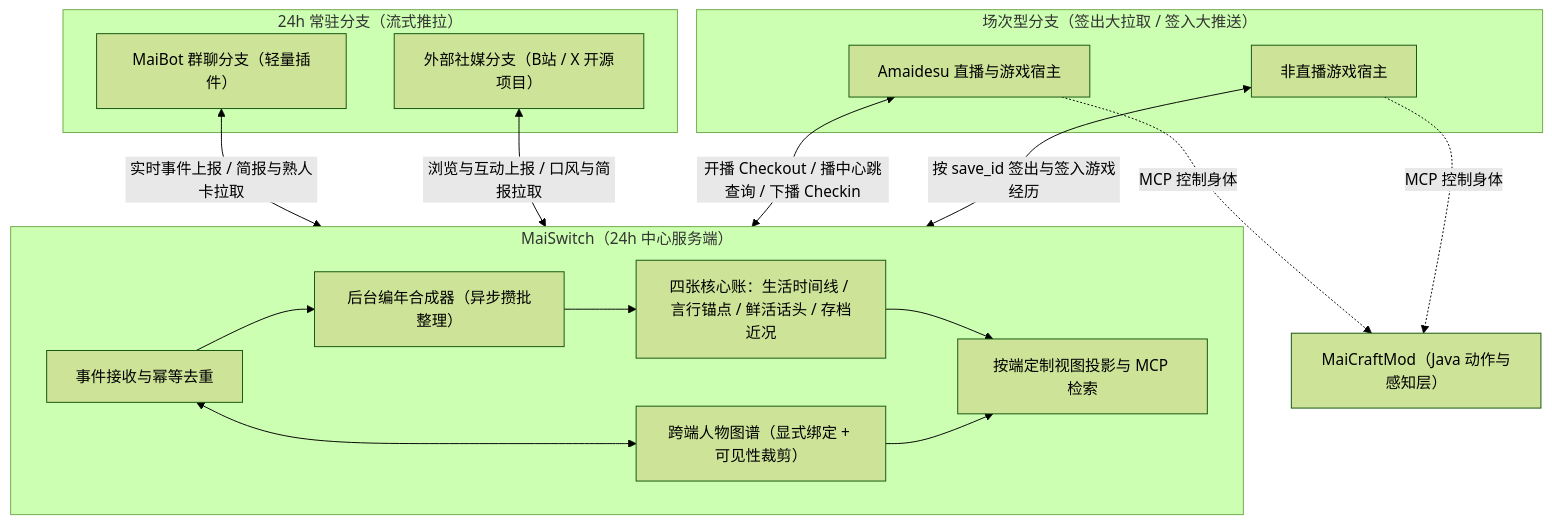
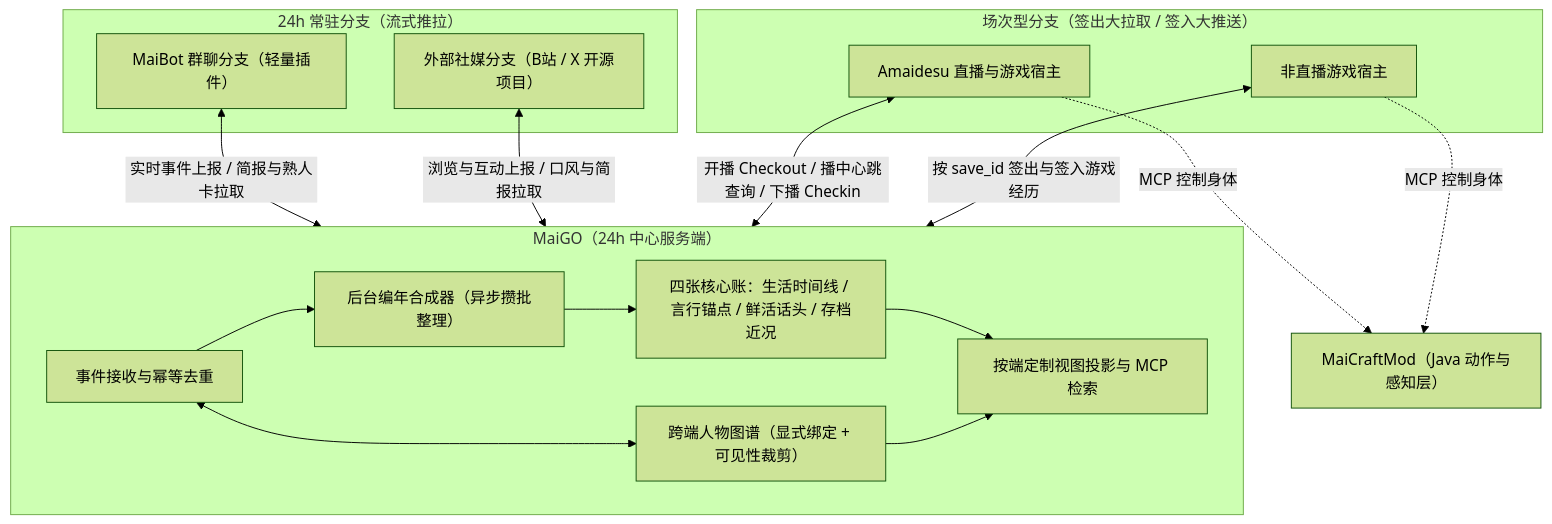
One commit to LittleSadSheep/MaiGO changed the diagram in docs/architecture/overview.md. Above: the diagram before and after it, drawn with Mermaid (forest theme). The commit also changed other lines of this file and 3 other files, not shown here.

First line of the commit message:
docs(architecture): 将仓库规范与架构协议文档统一更名为 MaiGO

````diff
--- a/docs/architecture/overview.md
+++ b/docs/architecture/overview.md
@@ -23,31 +23,31 @@
 ```mermaid
 flowchart TB
     subgraph 常驻端["24h 常驻分支（流式推拉）"]
         MB["MaiBot 群聊分支（轻量插件）"]
         EXT["外部社媒分支（B站 / X 开源项目）"]
     end
 
     subgraph 按需端["场次型分支（签出大拉取 / 签入大推送）"]
         AMA["Amaidesu 直播与游戏宿主"]
         GAME_HOST["非直播游戏宿主"]
     end
 
     MC_MOD["MaiCraftMod（Java 动作与感知层）"]
     AMA -. "MCP 控制身体" .-> MC_MOD
     GAME_HOST -. "MCP 控制身体" .-> MC_MOD
 
     MB <-->|"实时事件上报 / 简报与熟人卡拉取"| SW
     EXT <-->|"浏览与互动上报 / 口风与简报拉取"| SW
     AMA <-->|"开播 Checkout / 播中心跳查询 / 下播 Checkin"| SW
     GAME_HOST <-->|"按 save_id 签出与签入游戏经历"| SW
 
-    subgraph SW["MaiSwitch（24h 中心服务端）"]
+    subgraph SW["MaiGO（24h 中心服务端）"]
         ING["事件接收与幂等去重"]
         PG["跨端人物图谱（显式绑定 + 可见性裁剪）"]
         SYN["后台编年合成器（异步攒批整理）"]
         LEDGER["四张核心账：生活时间线 / 言行锚点 / 鲜活话头 / 存档近况"]
         VIEW["按端定制视图投影与 MCP 检索"]
         ING --> SYN --> LEDGER --> VIEW
         ING <--> PG --> VIEW
     end
 ```
````
